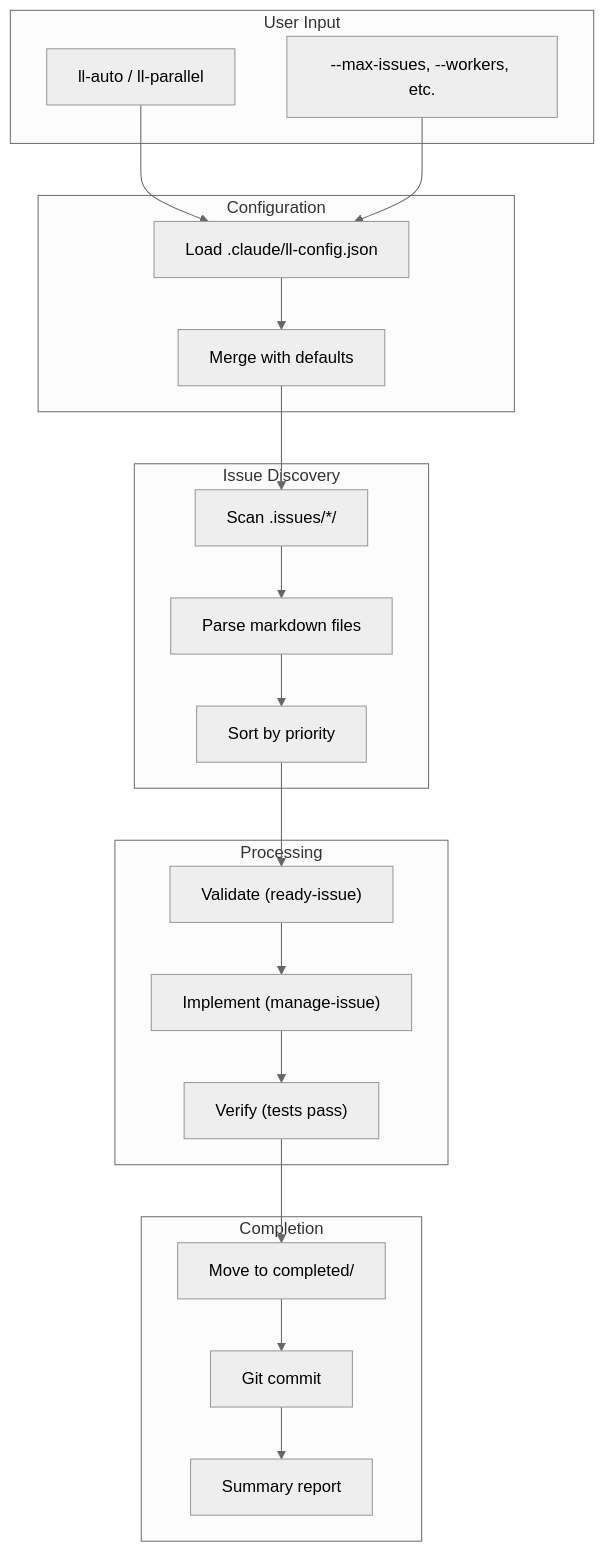
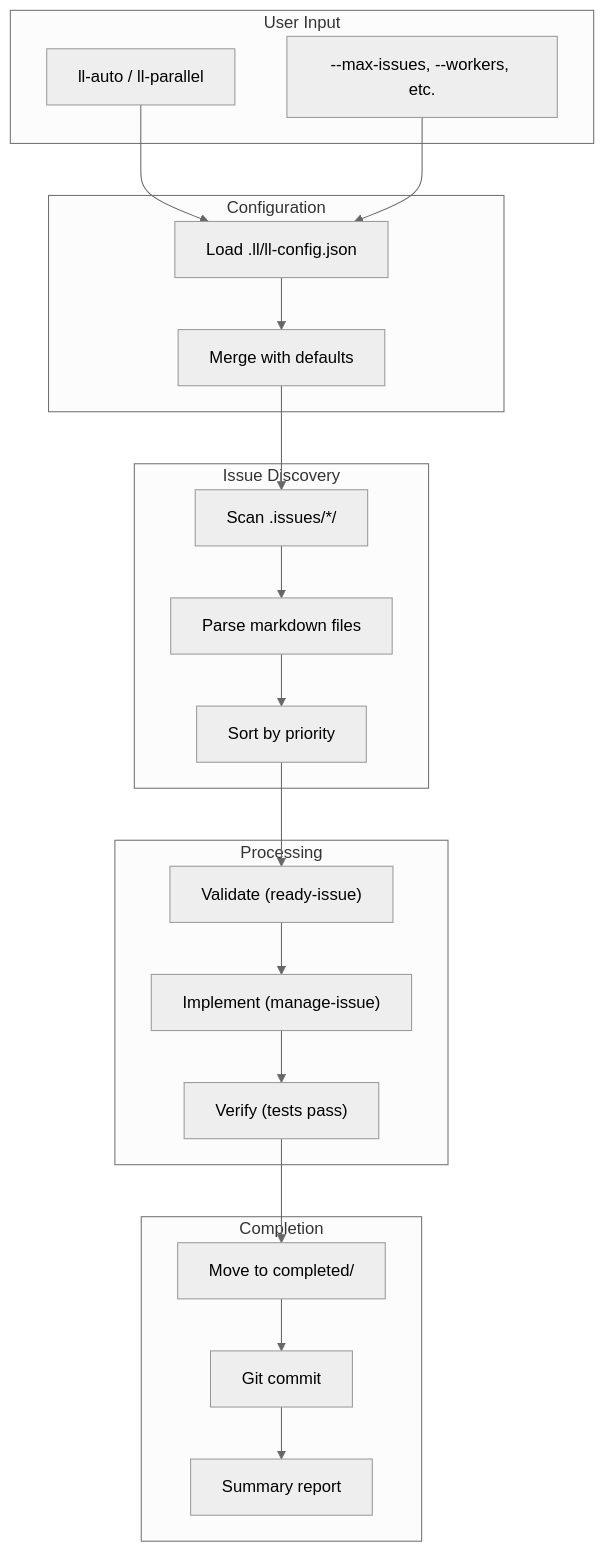
One commit to BrennonTWilliams/little-loops changed diagram 13 of 13 in docs/ARCHITECTURE.md. Above: the diagram before and after it, drawn with Mermaid (neutral theme). The commit also changed other lines of this file and 107 other files, not shown here.

First line of the commit message:
refactor(config): migrate ll runtime files from .claude/ to .ll/

````diff
--- a/docs/ARCHITECTURE.md
+++ b/docs/ARCHITECTURE.md
@@ -897,43 +897,43 @@
 ```mermaid
 flowchart TB
     subgraph User["User Input"]
         CMD_INPUT["ll-auto / ll-parallel"]
         FLAGS["--max-issues, --workers, etc."]
     end
 
     subgraph Config["Configuration"]
-        LOAD["Load .claude/ll-config.json"]
+        LOAD["Load .ll/ll-config.json"]
         MERGE_CFG["Merge with defaults"]
     end
 
     subgraph Discovery["Issue Discovery"]
         SCAN["Scan .issues/*/"]
         PARSE["Parse markdown files"]
         SORT["Sort by priority"]
     end
 
     subgraph Processing["Processing"]
         VALIDATE["Validate (ready-issue)"]
         IMPLEMENT["Implement (manage-issue)"]
         VERIFY["Verify (tests pass)"]
     end
 
     subgraph Completion["Completion"]
         MOVE["Move to completed/"]
         COMMIT["Git commit"]
         REPORT["Summary report"]
     end
 
     CMD_INPUT --> LOAD
     FLAGS --> LOAD
     LOAD --> MERGE_CFG
     MERGE_CFG --> SCAN
     SCAN --> PARSE
     PARSE --> SORT
     SORT --> VALIDATE
     VALIDATE --> IMPLEMENT
     IMPLEMENT --> VERIFY
     VERIFY --> MOVE
     MOVE --> COMMIT
     COMMIT --> REPORT
 ```
````
